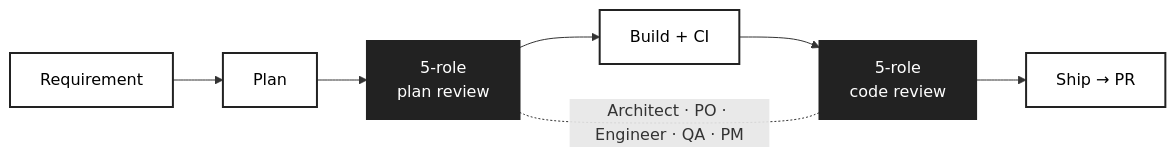
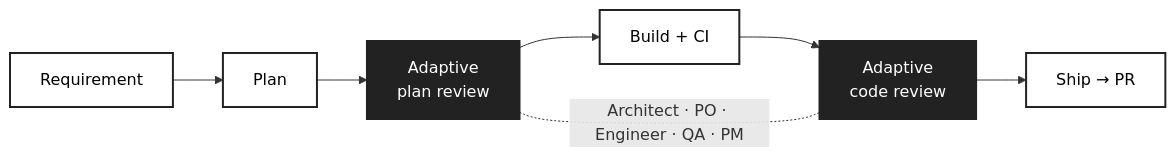
One commit to arthaszeng/harness-flow changed the diagram in README.md. Above: the diagram before and after it, drawn with Mermaid. The commit also changed other lines of this file and 66 other files, not shown here.

First line of the commit message:
feat: three-layer performance architecture (task-073) (#136)

````diff
--- a/README.md
+++ b/README.md
@@ -36,17 +36,17 @@
 ```mermaid
 flowchart LR
   Req["Requirement"] --> Plan["Plan"]
-  Plan --> PlanReview["5-role\nplan review"]
+  Plan --> PlanReview["Adaptive\nplan review"]
   PlanReview --> Build["Build + CI"]
-  Build --> CodeReview["5-role\ncode review"]
+  Build --> CodeReview["Adaptive\ncode review"]
   CodeReview --> Ship["Ship → PR"]
 
   PlanReview -.-|"Architect · PO · Engineer · QA · PM"| CodeReview
 
   style Req fill:#fff,stroke:#222,stroke-width:2px,color:#000
   style Plan fill:#fff,stroke:#222,stroke-width:2px,color:#000
   style PlanReview fill:#222,stroke:#222,stroke-width:2px,color:#fff
   style Build fill:#fff,stroke:#222,stroke-width:2px,color:#000
   style CodeReview fill:#222,stroke:#222,stroke-width:2px,color:#fff
   style Ship fill:#fff,stroke:#222,stroke-width:2px,color:#000
 ```
````
